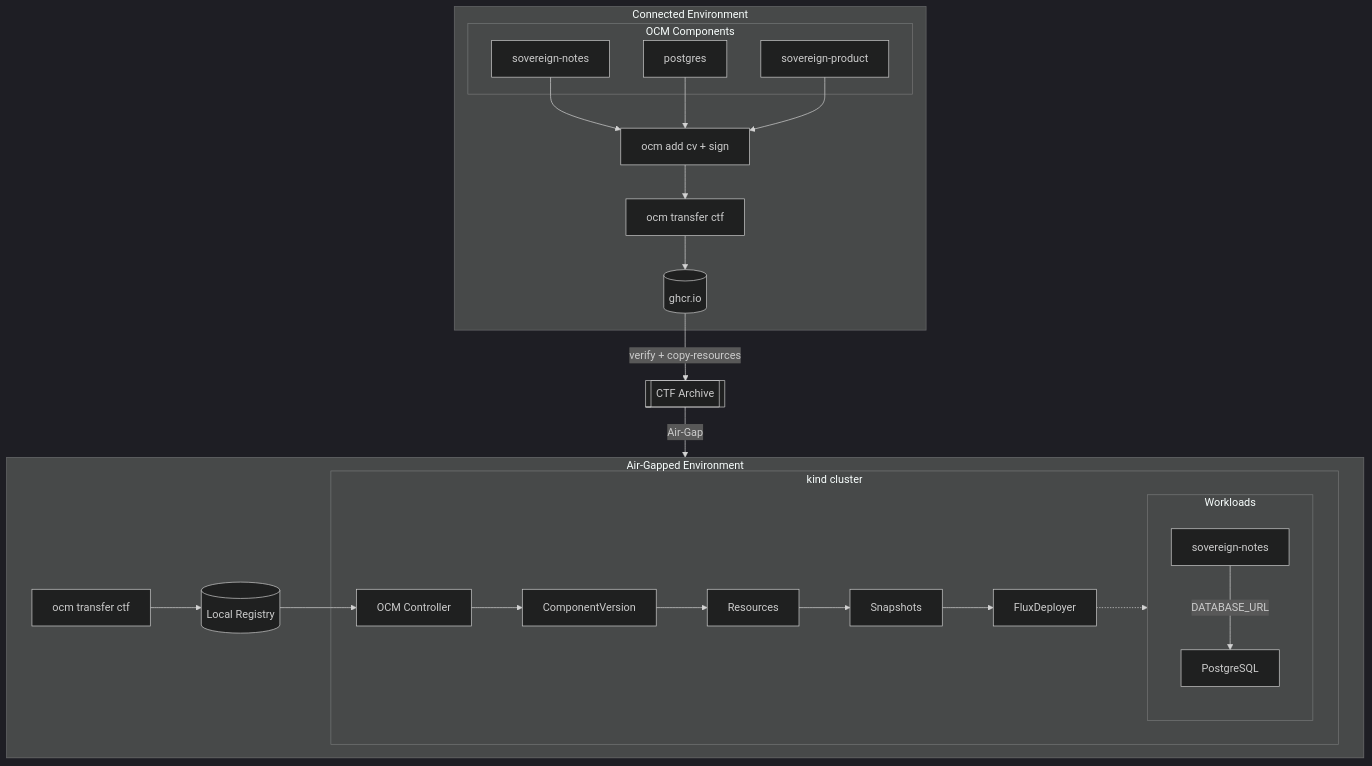
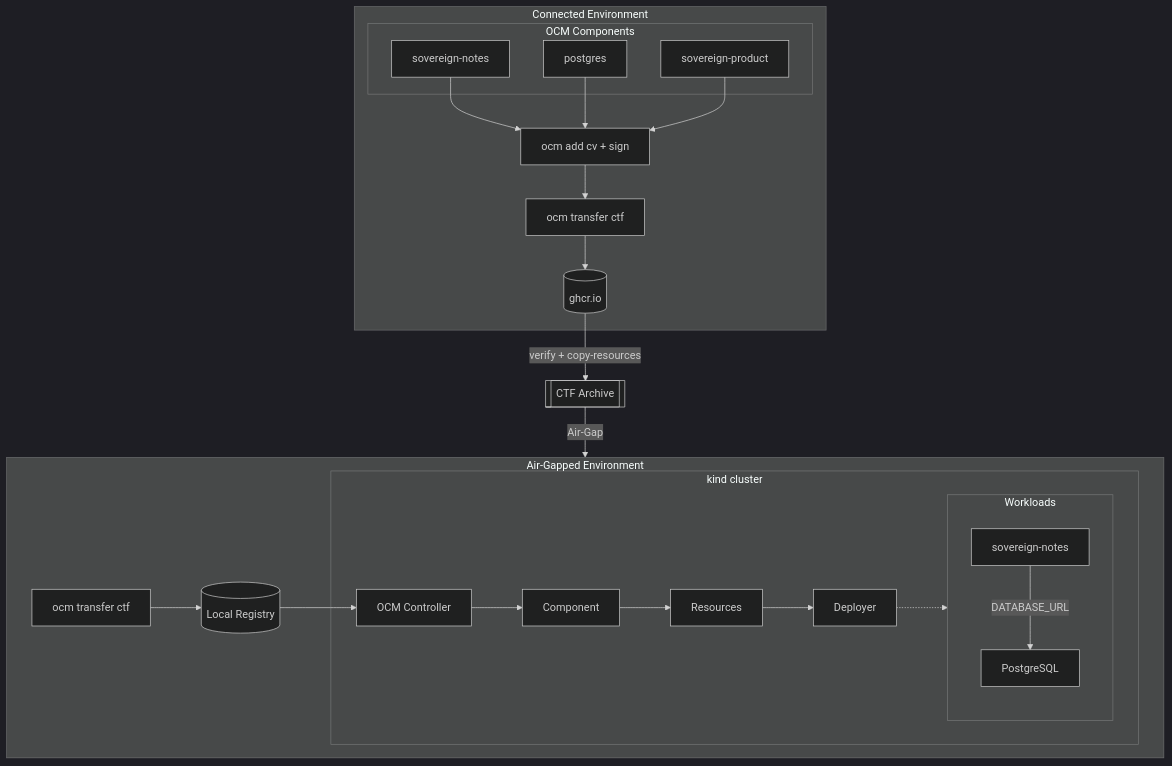
One commit to open-component-model/open-component-model changed the first of 10 diagrams in docs/adr/0013_sovereign_cloud_reference_scenario.md. Above: the diagram before and after it, drawn with Mermaid (dark theme). The commit also changed other lines of this file, not shown here.

````diff
--- a/docs/adr/0013_sovereign_cloud_reference_scenario.md
+++ b/docs/adr/0013_sovereign_cloud_reference_scenario.md
@@ -36,45 +36,44 @@
 ```mermaid
 flowchart TB
     subgraph connected["Connected Environment"]
         subgraph components["OCM Components"]
             notes[sovereign-notes]
             postgres[postgres]
             product[sovereign-product]
         end
         
         notes --> build
         postgres --> build
         product --> build
         
         build[ocm add cv + sign]
         build --> push[ocm transfer ctf]
         push --> ghcr[(ghcr.io)]
     end
     
     ghcr -->|verify + copy-resources| ctf
     
     ctf[[CTF Archive]]
     
     ctf -->|Air-Gap| airgap
     
     subgraph airgap["Air-Gapped Environment"]
         transfer[ocm transfer ctf]
         transfer --> registry[(Local Registry)]
         
         subgraph kind["kind cluster"]
             controller[OCM Controller]
-            controller --> cv[ComponentVersion]
-            cv --> res[Resources]
-            res --> snap[Snapshots]
-            snap --> deployer[FluxDeployer]
-            
+            controller --> comp[Component]
+            comp --> res[Resources]
+            res --> deployer[Deployer]
+
             subgraph workloads["Workloads"]
                 notes_deploy[sovereign-notes] -->|DATABASE_URL| pg_sts[PostgreSQL]
             end
         end
         
         registry --> controller
     end
     
     deployer -.-> workloads
 ```
````
